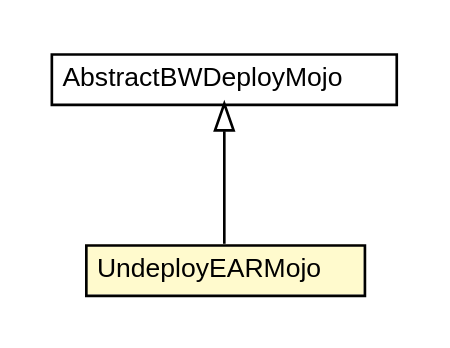
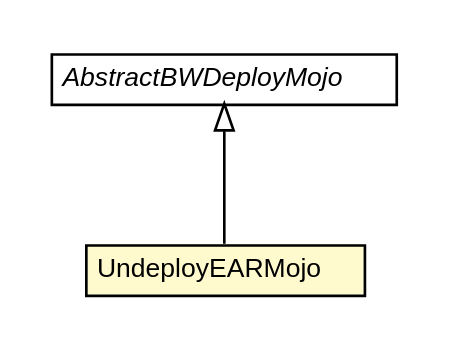
One commit to fastconnect/tibco-factory changed the diagram in snapshot/bw-maven-plugin/apidocs/fr/fastconnect/factory/tibco/bw/maven/deployment/UndeployEARMojo.dot. Above: the diagram before and after it, drawn with Graphviz. The commit also changed 335 other files, not shown here.

```diff
--- a/snapshot/bw-maven-plugin/apidocs/fr/fastconnect/factory/tibco/bw/maven/deployment/UndeployEARMojo.dot
+++ b/snapshot/bw-maven-plugin/apidocs/fr/fastconnect/factory/tibco/bw/maven/deployment/UndeployEARMojo.dot
@@ -1,26 +1,26 @@
 #!/usr/local/bin/dot
 #
 # Class diagram 
 # Generated by UMLGraph version R5_6-24-gf6e263 (http://www.umlgraph.org/)
 #
 
 digraph G {
 	edge [fontname="Helvetica",fontsize=10,labelfontname="Helvetica",labelfontsize=10];
 	node [fontname="Helvetica",fontsize=10,shape=plaintext];
 	nodesep=0.25;
 	ranksep=0.5;
 	// fr.fastconnect.factory.tibco.bw.maven.deployment.UndeployEARMojo
-	c4000 [label=<<table title="fr.fastconnect.factory.tibco.bw.maven.deployment.UndeployEARMojo" border="0" cellborder="1" cellspacing="0" cellpadding="2" port="p" bgcolor="lemonChiffon" href="./UndeployEARMojo.html">
+	c4582 [label=<<table title="fr.fastconnect.factory.tibco.bw.maven.deployment.UndeployEARMojo" border="0" cellborder="1" cellspacing="0" cellpadding="2" port="p" bgcolor="lemonChiffon" href="./UndeployEARMojo.html">
 		<tr><td><table border="0" cellspacing="0" cellpadding="1">
 <tr><td align="center" balign="center"> UndeployEARMojo </td></tr>
 		</table></td></tr>
 		</table>>, URL="./UndeployEARMojo.html", fontname="Helvetica", fontcolor="black", fontsize=10.0];
 	// fr.fastconnect.factory.tibco.bw.maven.deployment.AbstractBWDeployMojo
-	c4006 [label=<<table title="fr.fastconnect.factory.tibco.bw.maven.deployment.AbstractBWDeployMojo" border="0" cellborder="1" cellspacing="0" cellpadding="2" port="p" href="./AbstractBWDeployMojo.html">
+	c4588 [label=<<table title="fr.fastconnect.factory.tibco.bw.maven.deployment.AbstractBWDeployMojo" border="0" cellborder="1" cellspacing="0" cellpadding="2" port="p" href="./AbstractBWDeployMojo.html">
 		<tr><td><table border="0" cellspacing="0" cellpadding="1">
-<tr><td align="center" balign="center"> AbstractBWDeployMojo </td></tr>
+<tr><td align="center" balign="center"><font face="Helvetica-Oblique"> AbstractBWDeployMojo </font></td></tr>
 		</table></td></tr>
 		</table>>, URL="./AbstractBWDeployMojo.html", fontname="Helvetica", fontcolor="black", fontsize=10.0];
 	//fr.fastconnect.factory.tibco.bw.maven.deployment.UndeployEARMojo extends fr.fastconnect.factory.tibco.bw.maven.deployment.AbstractBWDeployMojo
-	c4006:p -> c4000:p [dir=back,arrowtail=empty];
+	c4588:p -> c4582:p [dir=back,arrowtail=empty];
 }
```
